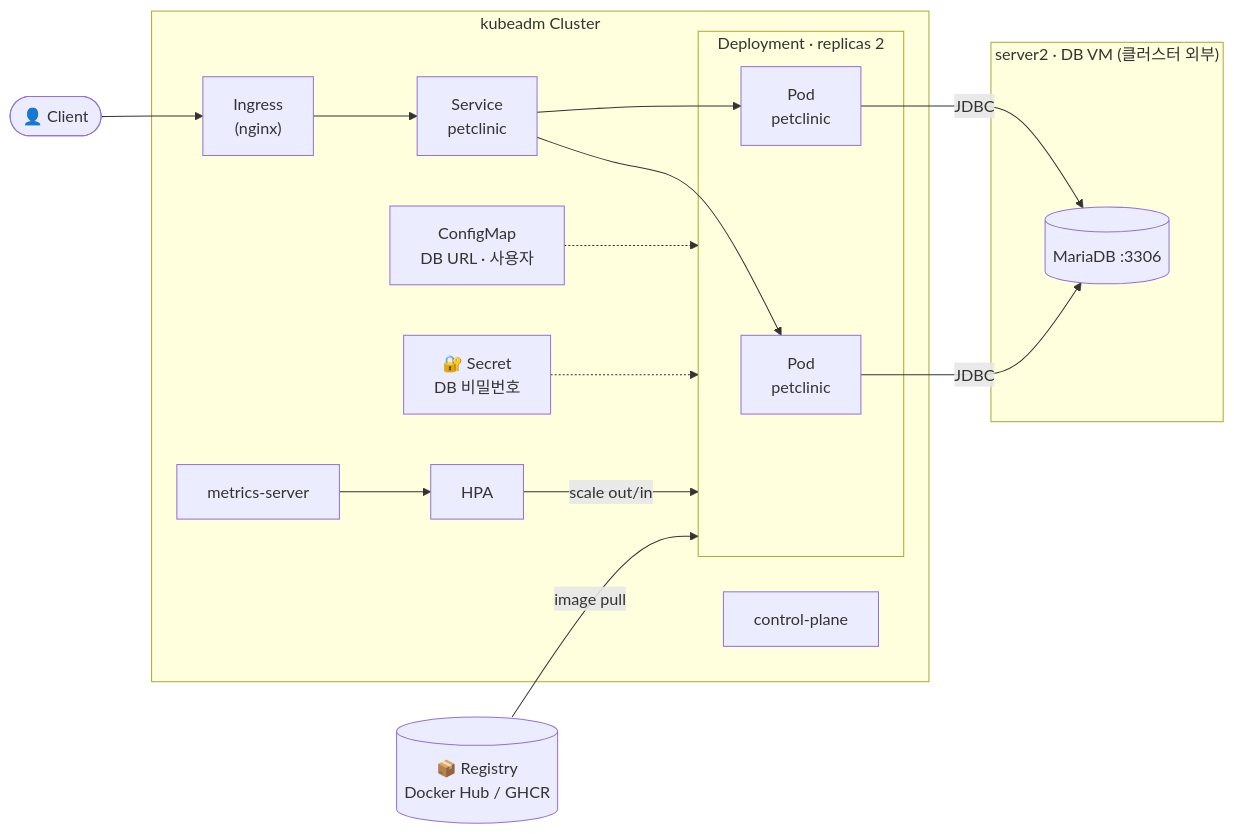
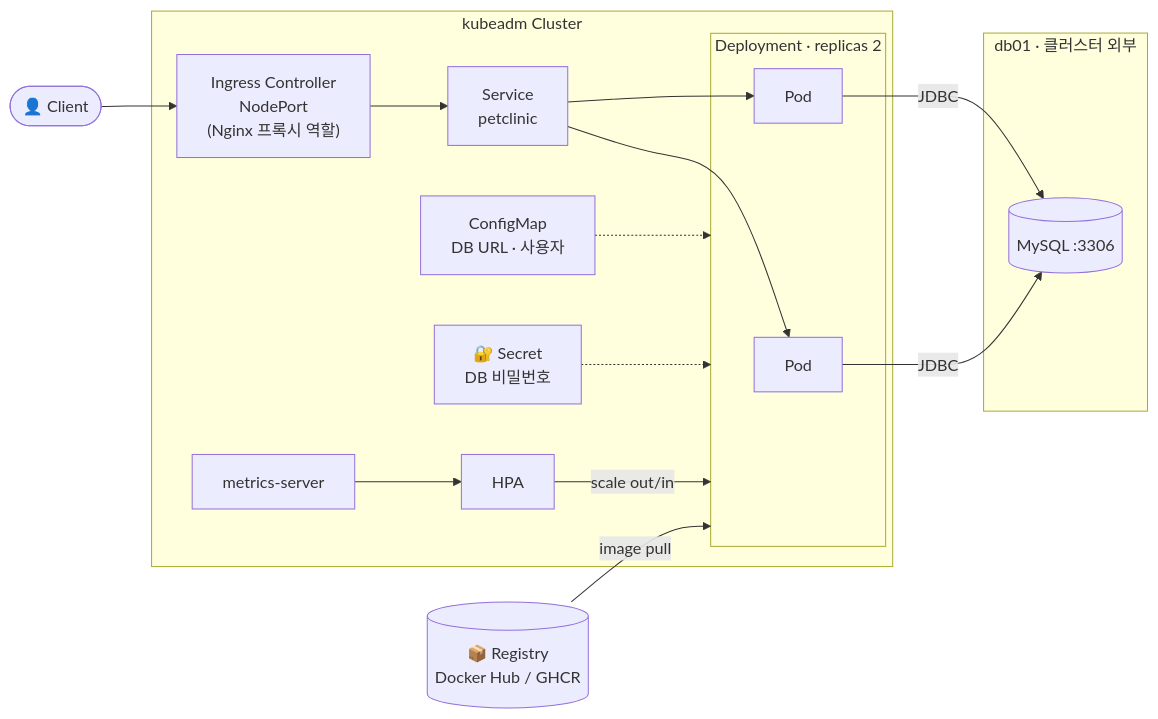
One commit to Halee0090/petclinic-migration changed the fifth of 6 diagrams in README.md. Above: the diagram before and after it, drawn with Mermaid. The commit also changed other lines of this file and 5 other files, not shown here.

````diff
--- a/README.md
+++ b/README.md
@@ -152,32 +168,31 @@
 ```mermaid
 flowchart LR
     User(["👤 Client"])
     REG[("📦 Registry<br/>Docker Hub / GHCR")]
 
     subgraph K8S["kubeadm Cluster"]
-        CP["control-plane"]
-        ING["Ingress<br/>(nginx)"]
+        ING["Ingress Controller<br/>NodePort<br/>(Nginx 프록시 역할)"]
         SVC["Service<br/>petclinic"]
 
         subgraph DEP["Deployment · replicas 2"]
-            POD1["Pod<br/>petclinic"]
-            POD2["Pod<br/>petclinic"]
+            POD1["Pod"]
+            POD2["Pod"]
         end
 
         CM["ConfigMap<br/>DB URL · 사용자"]
         SEC["🔐 Secret<br/>DB 비밀번호"]
         HPA["HPA"]
         MS["metrics-server"]
     end
 
-    subgraph S2["server2 · DB VM (클러스터 외부)"]
-        DB[("MariaDB :3306")]
+    subgraph DBVM["db01 · 클러스터 외부"]
+        DB[("MySQL :3306")]
     end
 
     User --> ING --> SVC --> POD1 & POD2
     CM -.-> DEP
     SEC -.-> DEP
     MS --> HPA -- "scale out/in" --> DEP
     REG -- "image pull" --> DEP
     POD1 & POD2 -- "JDBC" --> DB
 ```
````
